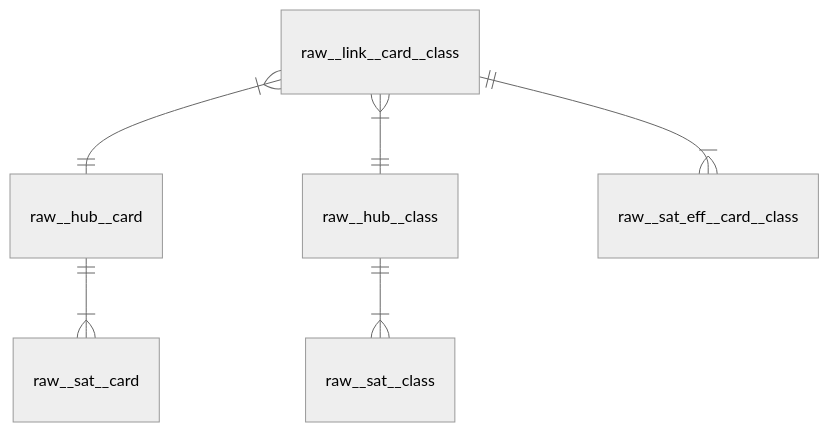
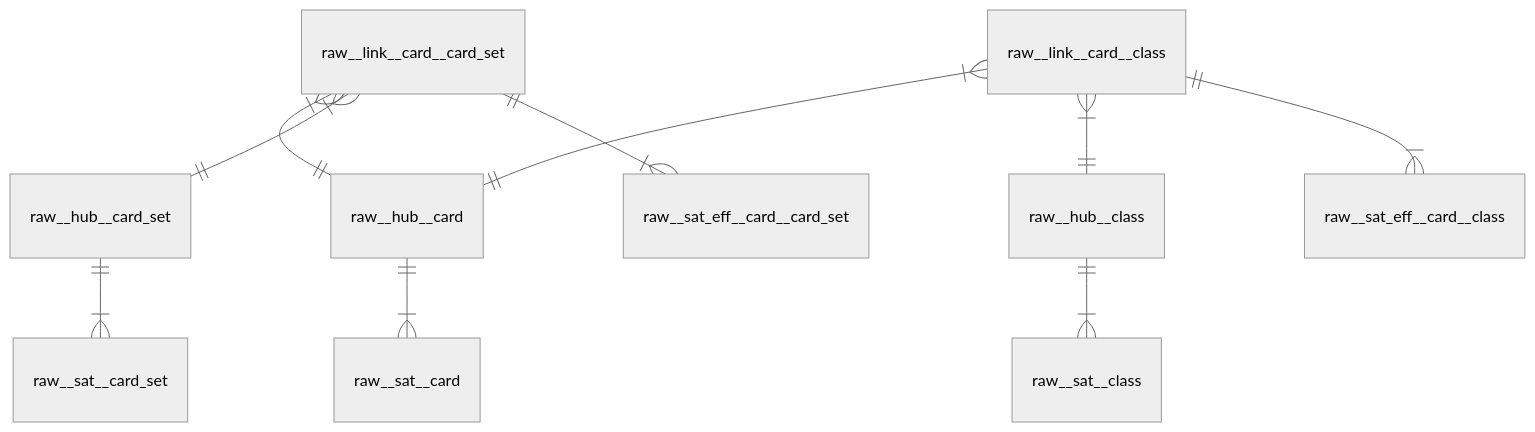
Before and after one commit to mattiasthalen/arcane-insight: the second of 3 diagrams in README.md, drawn with Mermaid (neutral theme).

Commit message:
Add card set artefacts to ERD

````diff
--- a/README.md
+++ b/README.md
@@ -46,9 +46,14 @@
 ```mermaid
 erDiagram
     raw__hub__card ||--|{ raw__sat__card: ""
+    raw__hub__card_set ||--|{ raw__sat__card_set: ""
     raw__hub__class ||--|{ raw__sat__class: ""
+    
+    raw__link__card__card_set }|--|| raw__hub__card: ""
+    raw__link__card__card_set }|--|| raw__hub__card_set: ""
+    raw__link__card__card_set ||--|{ raw__sat_eff__card__card_set: ""
     
     raw__link__card__class }|--|| raw__hub__card: ""
     raw__link__card__class }|--|| raw__hub__class: ""
     raw__link__card__class ||--|{ raw__sat_eff__card__class: ""
 ```
````
